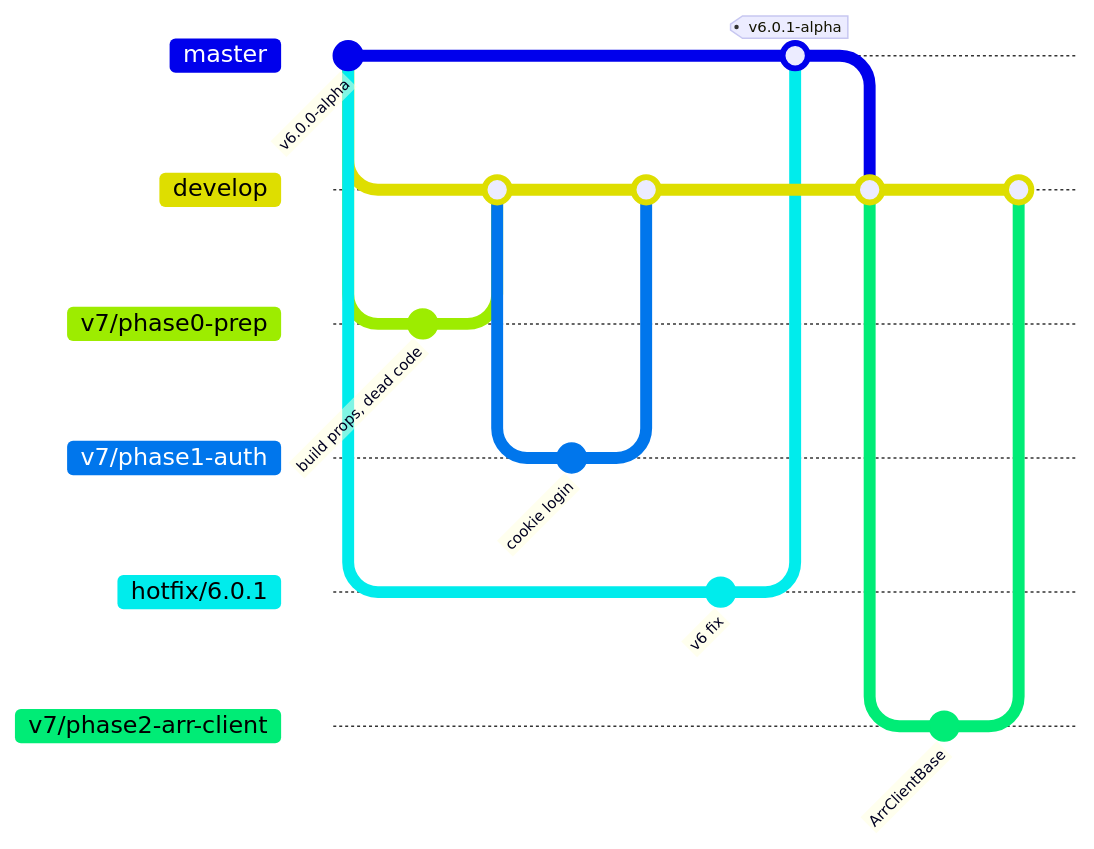
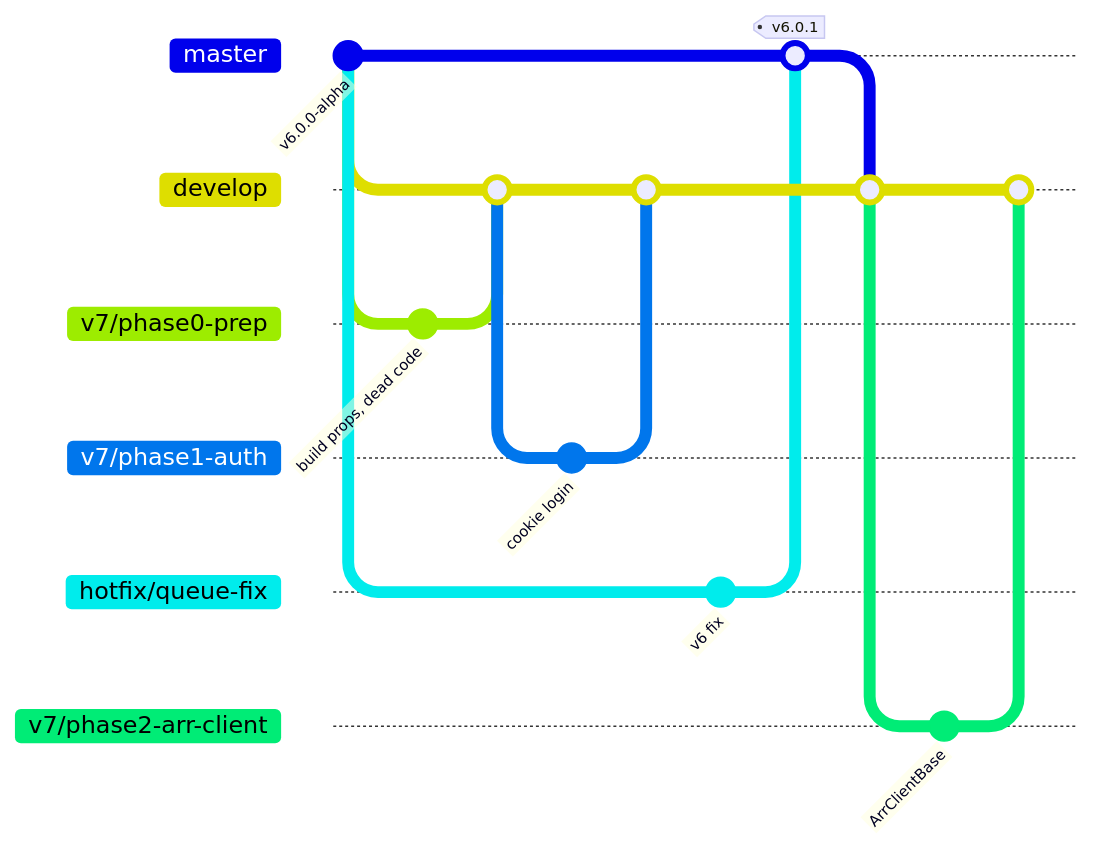
One commit to alexzeigler/Trackarr changed the first of 6 diagrams in docs/ROADMAP.md. Above: the diagram before and after it, drawn with Mermaid. The commit also changed other lines of this file and 7 other files, not shown here.

````diff
--- a/docs/ROADMAP.md
+++ b/docs/ROADMAP.md
@@ -115,26 +115,26 @@
 ```mermaid
 %%{init: { 'gitGraph': { 'mainBranchName': 'master' } } }%%
 gitGraph
     commit id: "v6.0.0-alpha"
     branch develop
     checkout develop
     branch v7/phase0-prep
     commit id: "build props, dead code"
     checkout develop
     merge v7/phase0-prep
     branch v7/phase1-auth
     commit id: "cookie login"
     checkout develop
     merge v7/phase1-auth
     checkout master
-    branch hotfix/6.0.1
+    branch hotfix/queue-fix
     commit id: "v6 fix"
     checkout master
-    merge hotfix/6.0.1 tag: "v6.0.1-alpha"
+    merge hotfix/queue-fix tag: "v6.0.1"
     checkout develop
     merge master
     branch v7/phase2-arr-client
     commit id: "ArrClientBase"
     checkout develop
     merge v7/phase2-arr-client
 ```
````
